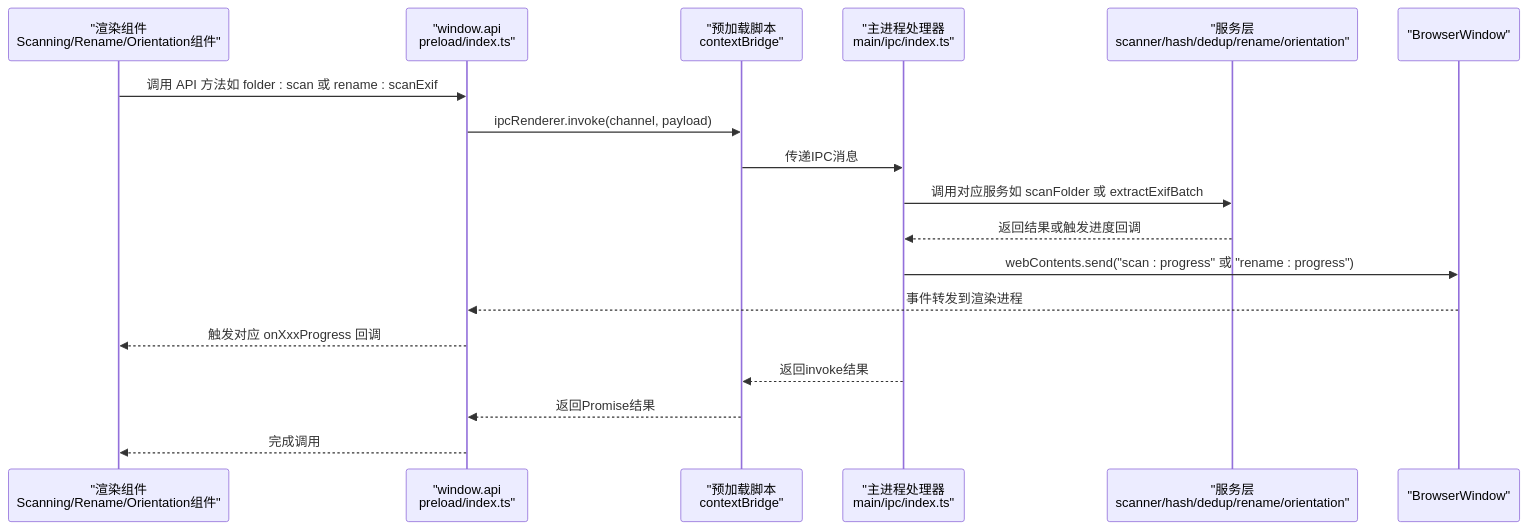
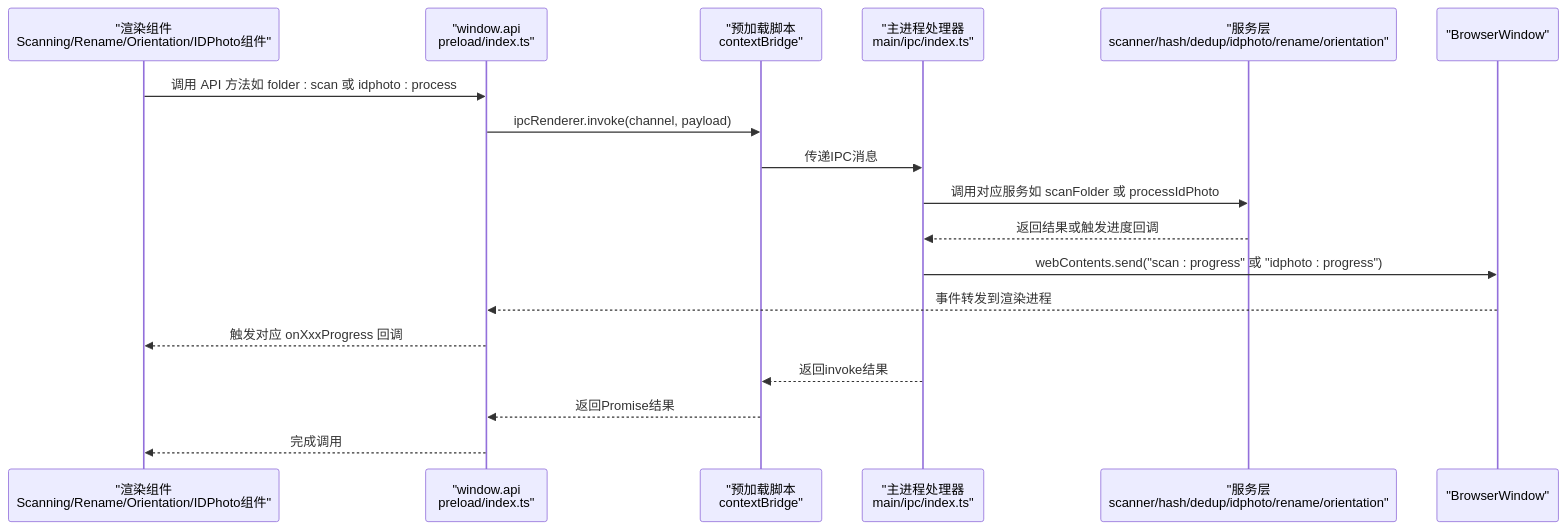
One commit to remgasuki/ReDoPhoto changed the second of 11 diagrams in .qoder/repowiki/zh/content/IPC通信层/IPC通信层.md. Above: the diagram before and after it, drawn with Mermaid. The commit also changed other lines of this file and 31 other files, not shown here.

Commit message:
v2.2.0: 证件照功能全面升级 - AI抠图/海量模板/美颜/压缩/排版

````diff
--- a/.qoder/repowiki/zh/content/IPC通信层/IPC通信层.md
+++ b/.qoder/repowiki/zh/content/IPC通信层/IPC通信层.md
@@ -129,20 +145,20 @@
 ```mermaid
 sequenceDiagram
-participant UI as "渲染组件<br/>Scanning/Rename/Orientation组件"
+participant UI as "渲染组件<br/>Scanning/Rename/Orientation/IDPhoto组件"
 participant API as "window.api<br/>preload/index.ts"
 participant Pre as "预加载脚本<br/>contextBridge"
 participant Main as "主进程处理器<br/>main/ipc/index.ts"
-participant Svc as "服务层<br/>scanner/hash/dedup/rename/orientation"
+participant Svc as "服务层<br/>scanner/hash/dedup/idphoto/rename/orientation"
 participant Win as "BrowserWindow"
-UI->>API : 调用 API 方法如 folder : scan 或 rename : scanExif
+UI->>API : 调用 API 方法如 folder : scan 或 idphoto : process
 API->>Pre : ipcRenderer.invoke(channel, payload)
 Pre->>Main : 传递IPC消息
-Main->>Svc : 调用对应服务如 scanFolder 或 extractExifBatch
+Main->>Svc : 调用对应服务如 scanFolder 或 processIdPhoto
 Svc-->>Main : 返回结果或触发进度回调
-Main->>Win : webContents.send("scan : progress" 或 "rename : progress")
+Main->>Win : webContents.send("scan : progress" 或 "idphoto : progress")
 Win-->>API : 事件转发到渲染进程
 API-->>UI : 触发对应 onXxxProgress 回调
 Main-->>Pre : 返回invoke结果
 Pre-->>API : 返回Promise结果
 API-->>UI : 完成调用
 ```
````
